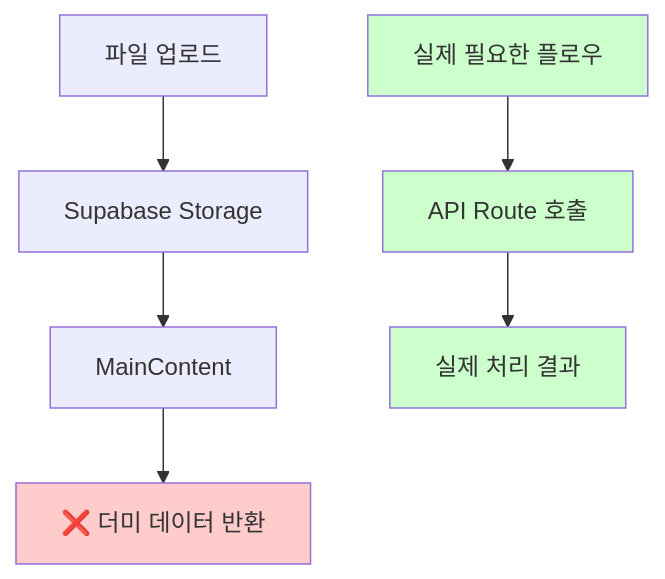
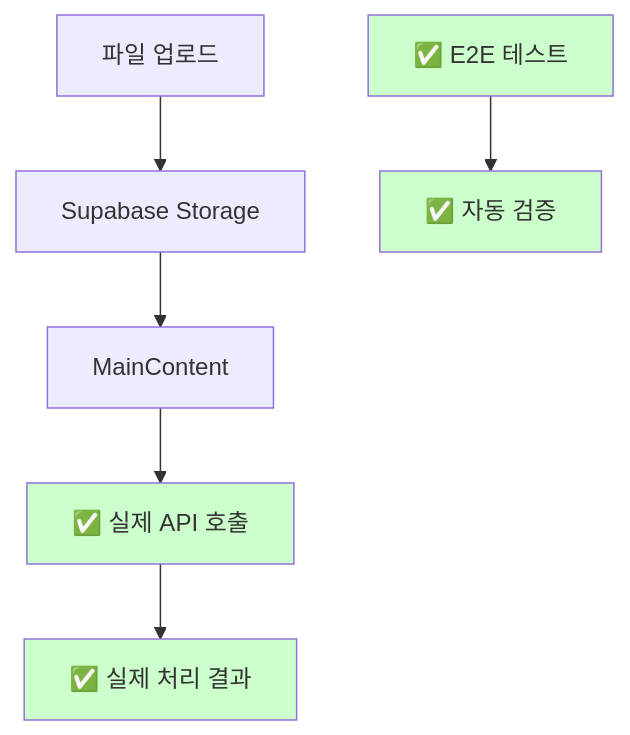
The second of 2 diagrams in memory-bank/systemPatterns.md (cartmantft/sub-translate), drawn with Mermaid before and after one commit. The commit also changed other lines of this file and 22 other files, not shown here.

````diff
--- a/memory-bank/systemPatterns.md
+++ b/memory-bank/systemPatterns.md
@@ -48,15 +49,15 @@
 ```mermaid
 graph TD
     A[파일 업로드] --> B[Supabase Storage] 
     B --> C[MainContent]
-    C --> D[❌ 더미 데이터 반환]
+    C --> D[✅ 실제 API 호출]
+    D --> E[✅ 실제 처리 결과]
     
-    style D fill:#ffcccc
+    style D fill:#ccffcc
+    style E fill:#ccffcc
     
-    E[실제 필요한 플로우] --> F[API Route 호출]
-    F --> G[실제 처리 결과]
+    F[✅ E2E 테스트] --> G[✅ 자동 검증]
     
-    style E fill:#ccffcc
-    style F fill:#ccffcc  
+    style F fill:#ccffcc
     style G fill:#ccffcc
 ```
````
